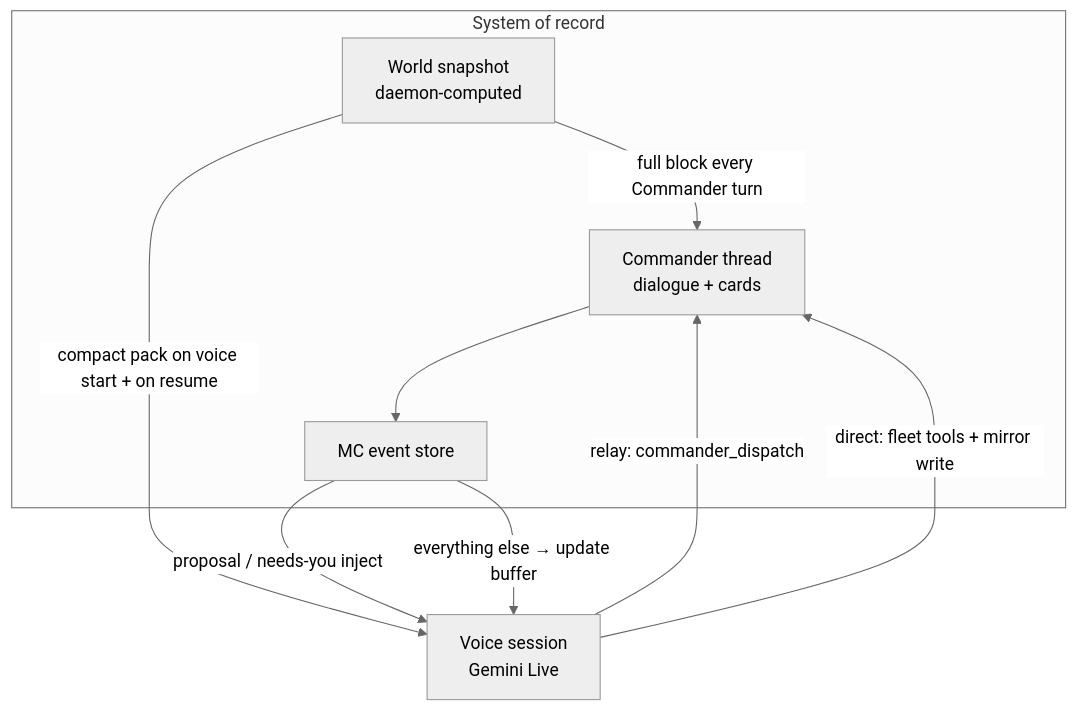
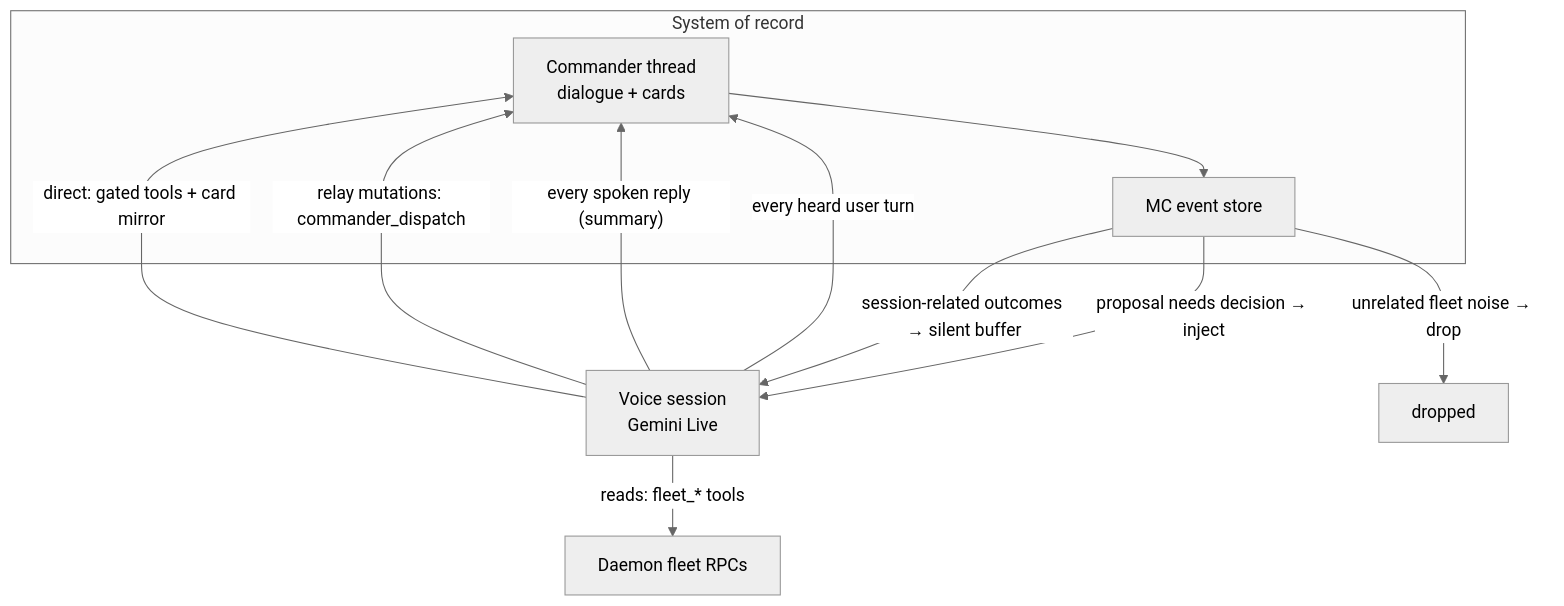
The second of 2 diagrams in docs/commander-voice.md (iammvaibhav/paseo), drawn with Mermaid (neutral theme) before and after one commit. The commit also changed other lines of this file and 35 other files, not shown here.

First line of the commit message:
feat(commander-voice): dual-mode relay/direct with mirror and quiet Q&A

````diff
--- a/docs/commander-voice.md
+++ b/docs/commander-voice.md
@@ -99,16 +181,17 @@
 ```mermaid
 flowchart TB
     subgraph truth [System of record]
         CmdThread["Commander thread<br/>dialogue + cards"]
-        Snapshot["World snapshot<br/>daemon-computed"]
         Events["MC event store"]
     end
     Voice["Voice session<br/>Gemini Live"]
-    Snapshot -->|"full block every Commander turn"| CmdThread
-    Snapshot -->|"compact pack on voice start + on resume"| Voice
-    Voice -->|"relay: commander_dispatch"| CmdThread
-    Voice -->|"direct: fleet tools + mirror write"| CmdThread
+    Voice -->|"every heard user turn"| CmdThread
+    Voice -->|"every spoken reply (summary)"| CmdThread
+    Voice -->|"relay mutations: commander_dispatch"| CmdThread
+    Voice -->|"reads: fleet_* tools"| DaemonTools["Daemon fleet RPCs"]
+    Voice -->|"direct: gated tools + card mirror"| CmdThread
     CmdThread --> Events
-    Events -->|"proposal / needs-you inject"| Voice
-    Events -->|"everything else → update buffer"| Voice
+    Events -->|"proposal needs decision → inject"| Voice
+    Events -->|"session-related outcomes → silent buffer"| Voice
+    Events -->|"unrelated fleet noise → drop"| Drop["dropped"]
 ```
````
